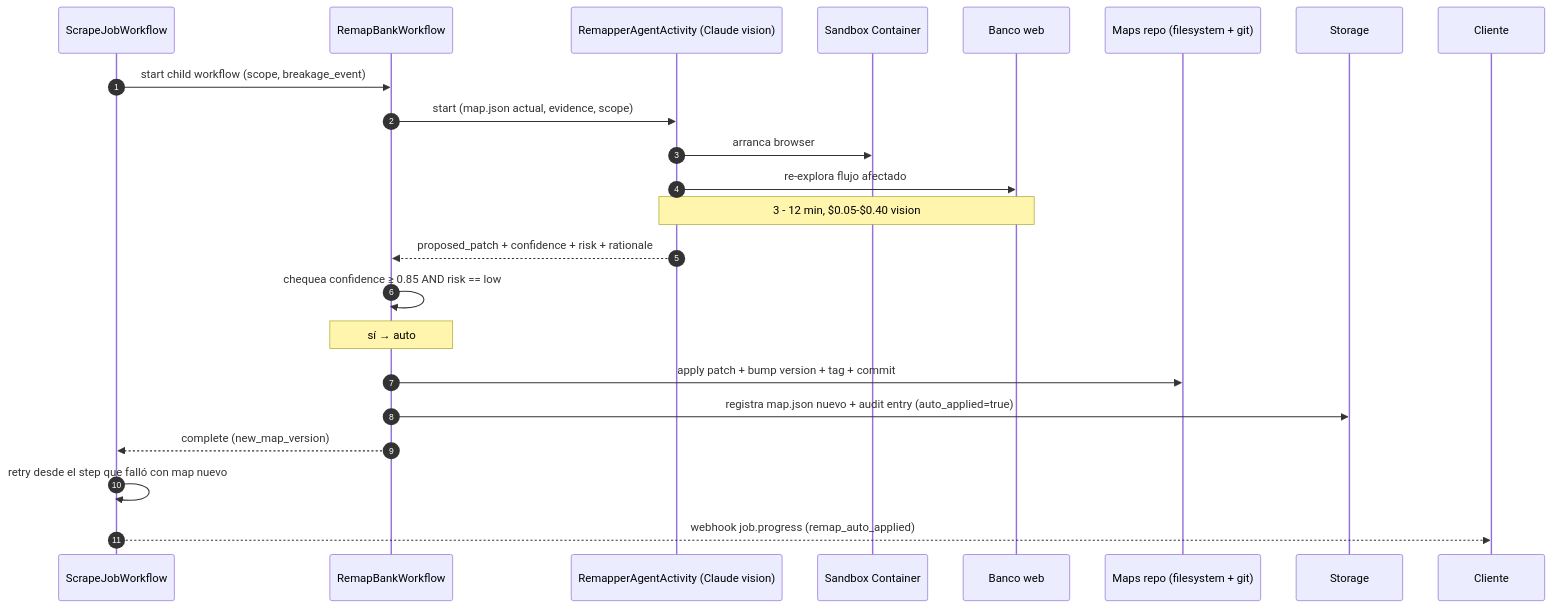
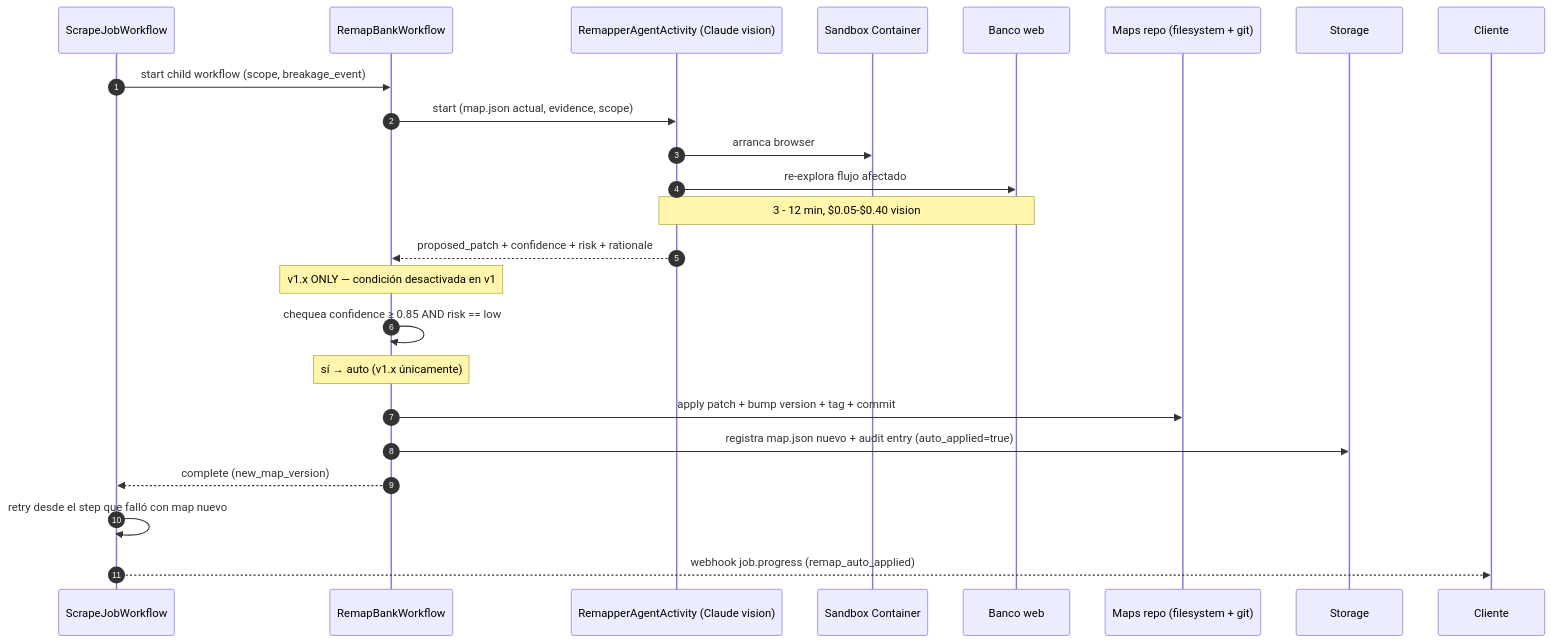
Before and after one commit to miketela/open-banca: the first of 3 diagrams in docs/03-flows/remap-approval.md, drawn with Mermaid. The commit also changed other lines of this file and 3 other files, not shown here.

First line of the commit message:
docs(p0-6): amendment ADR-0013 — v1 HITL-only, defer auto-apply to v1.x

````diff
--- a/docs/03-flows/remap-approval.md
+++ b/docs/03-flows/remap-approval.md
@@ -7,27 +11,28 @@
 ```mermaid
 sequenceDiagram
     autonumber
     participant W as ScrapeJobWorkflow
     participant RW as RemapBankWorkflow
     participant Rem as RemapperAgentActivity (Claude vision)
     participant Sand as Sandbox Container
     participant Bank as Banco web
     participant FS as Maps repo (filesystem + git)
     participant ST as Storage
     participant C as Cliente
 
     W->>RW: start child workflow (scope, breakage_event)
     RW->>Rem: start (map.json actual, evidence, scope)
     Rem->>Sand: arranca browser
     Rem->>Bank: re-explora flujo afectado
     Note over Rem,Bank: 3 - 12 min, $0.05-$0.40 vision
     Rem-->>RW: proposed_patch + confidence + risk + rationale
 
+    Note over RW: v1.x ONLY — condición desactivada en v1
     RW->>RW: chequea confidence ≥ 0.85 AND risk == low
-    Note over RW: sí → auto
+    Note over RW: sí → auto (v1.x únicamente)
     RW->>FS: apply patch + bump version + tag + commit
     RW->>ST: registra map.json nuevo + audit entry (auto_applied=true)
     RW-->>W: complete (new_map_version)
     W->>W: retry desde el step que falló con map nuevo
     W-->>C: webhook job.progress (remap_auto_applied)
 ```
````
